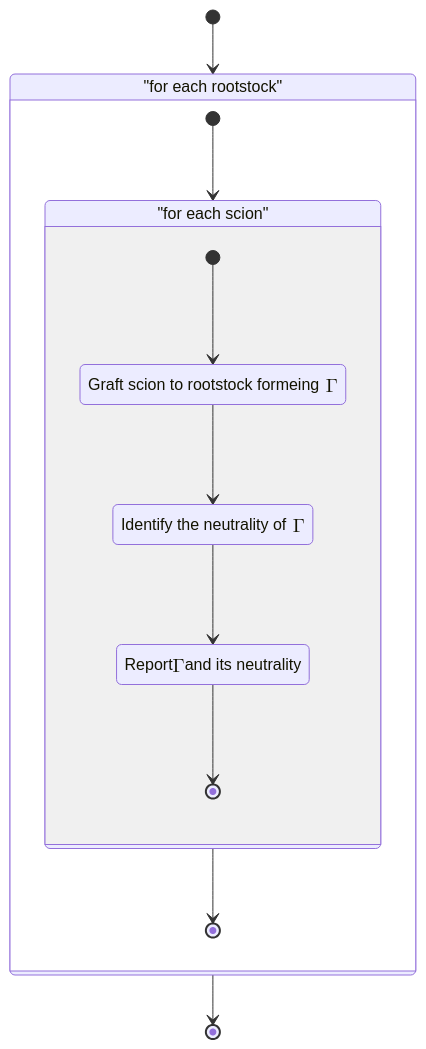
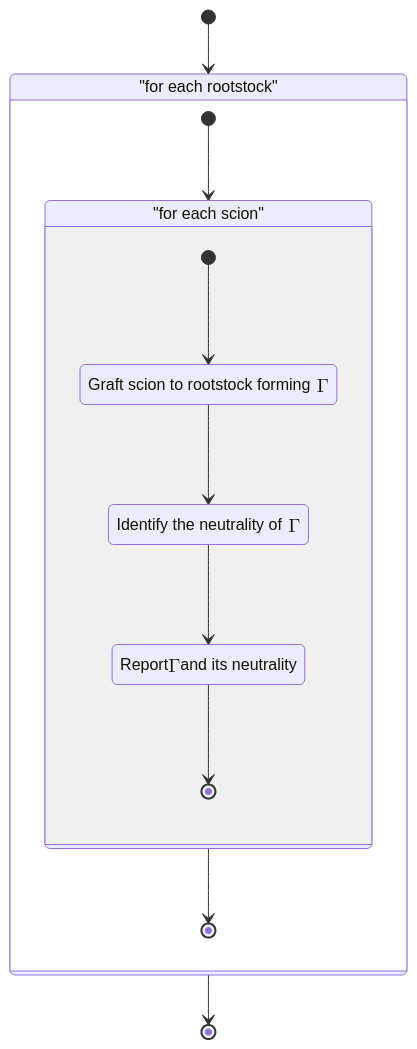
Before and after one commit to Uiowa-Applied-Topology/tanglenomicon_core_libraries: the third of 3 diagrams in source/gen-rlitt/docs/unit-description.md, drawn with Mermaid. The commit also changed other lines of this file and 13 other files, not shown here.

````diff
--- a/source/gen-rlitt/docs/unit-description.md
+++ b/source/gen-rlitt/docs/unit-description.md
@@ -115,22 +115,22 @@
 ```mermaid
 stateDiagram-v2
     outer_for: "for each rootstock"
     state outer_for {
         inner_for: "for each scion"
         state inner_for {
-            graft: Graft scion to rootstock formeing $$\ \Gamma$$
+            graft: Graft scion to rootstock forming $$\ \Gamma$$
             pos: Identify the neutrality of $$\ \Gamma$$
             rep: Report $$\Gamma$$ and its neutrality
             [*] --> graft
             graft --> pos
             pos --> rep
             rep --> [*]
         }
         [*] --> inner_for
         inner_for --> [*]
     }
 
 
     [*] --> outer_for
     outer_for-->[*]
 ```
````
